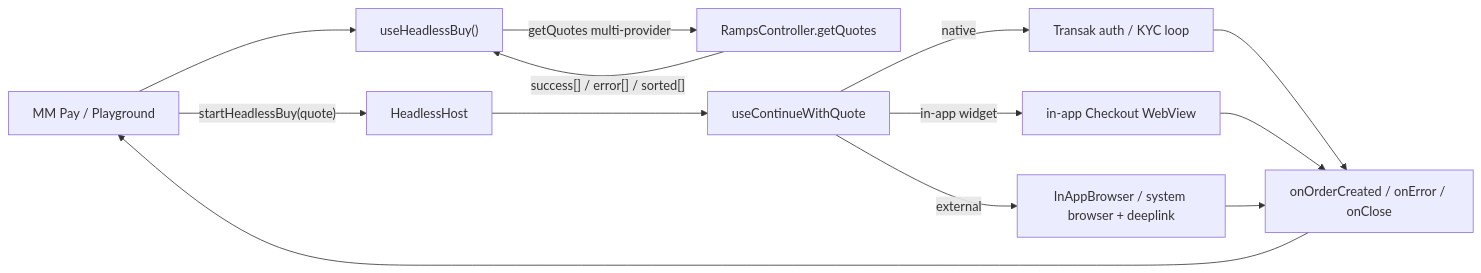
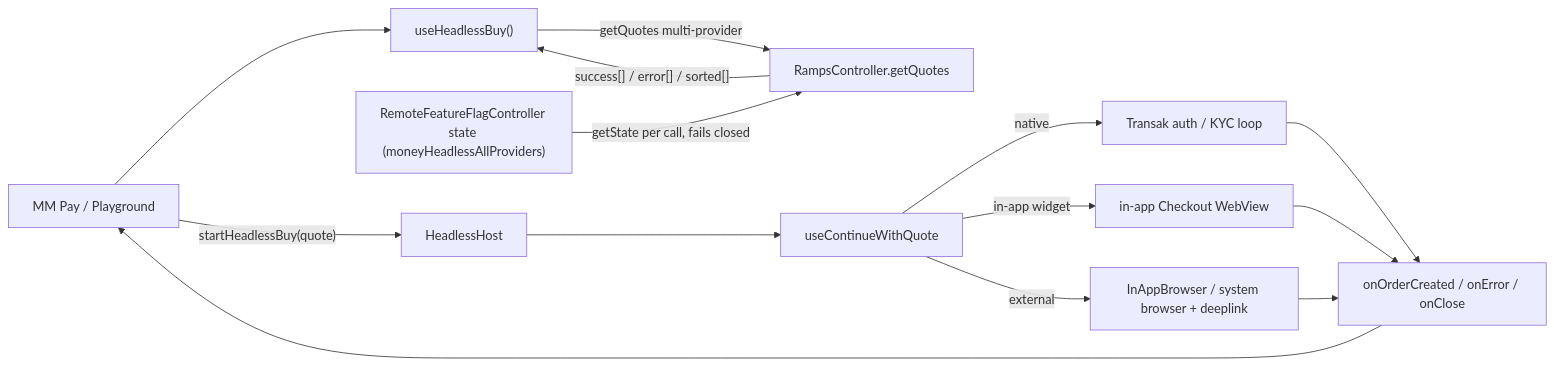
Before and after one commit to MetaMask/metamask-mobile: the diagram in app/components/UI/Ramp/headless/PLAN_-_ALL_PROVIDERS_SUPPORT.md, drawn with Mermaid. The commit also changed other lines of this file, not shown here.

Commit message:
docs(ramp): update Headless Buy plan for boolean all-providers flag and LD granular control

````diff
--- a/app/components/UI/Ramp/headless/PLAN_-_ALL_PROVIDERS_SUPPORT.md
+++ b/app/components/UI/Ramp/headless/PLAN_-_ALL_PROVIDERS_SUPPORT.md
@@ -123,15 +123,16 @@
 ```mermaid
 flowchart LR
   Consumer["MM Pay / Playground"] --> Hook["useHeadlessBuy()"]
   Hook -->|getQuotes multi-provider| Ctrl["RampsController.getQuotes"]
+  LD["RemoteFeatureFlagController state (moneyHeadlessAllProviders)"] -->|"getState per call, fails closed"| Ctrl
   Ctrl -->|"success[] / error[] / sorted[]"| Hook
   Consumer -->|"startHeadlessBuy(quote)"| Host["HeadlessHost"]
   Host --> Continue["useContinueWithQuote"]
   Continue -->|native| Native["Transak auth / KYC loop"]
   Continue -->|in-app widget| Checkout["in-app Checkout WebView"]
   Continue -->|external| Browser["InAppBrowser / system browser + deeplink"]
   Native --> Terminal["onOrderCreated / onError / onClose"]
   Checkout --> Terminal
   Browser --> Terminal
   Terminal --> Consumer
 ```
````
